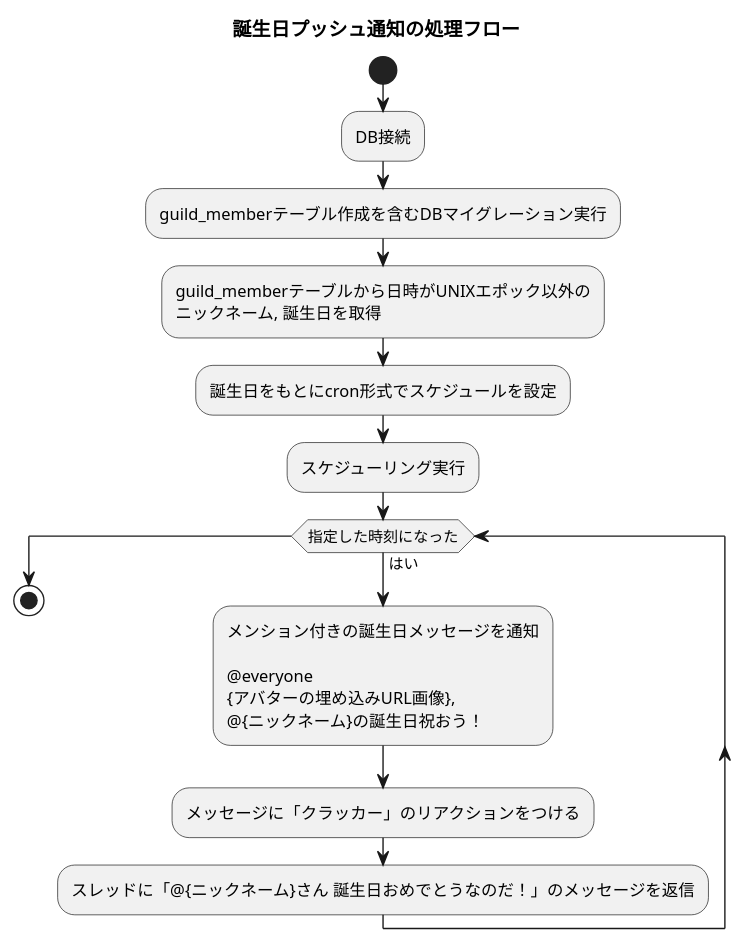
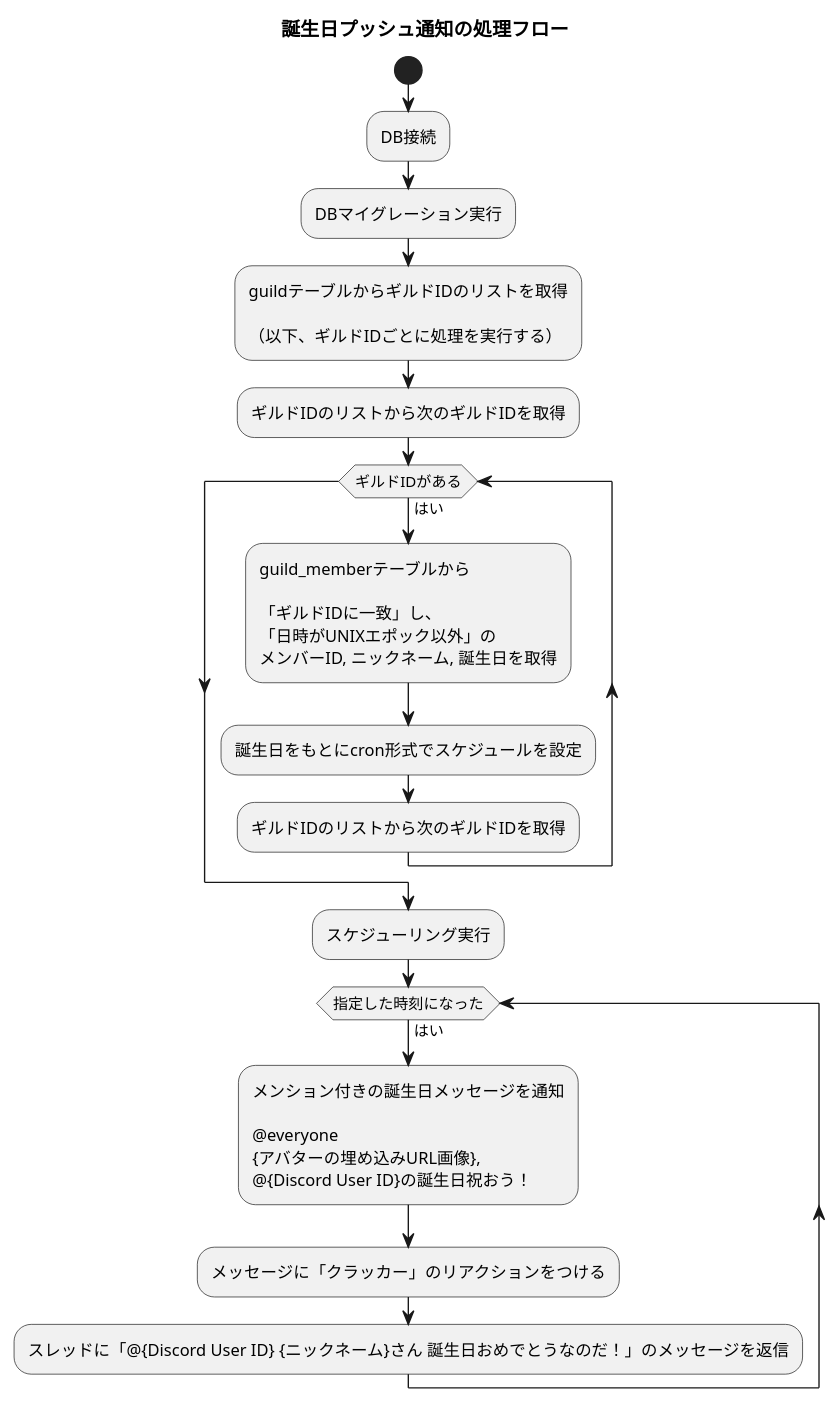
Before and after one commit to novum-d/zunda-bot-rs: the diagram in docs/birth_プッシュ通知.puml, drawn with PlantUML. The commit also changed 2 other files, not shown here.

```diff
--- a/docs/birth_プッシュ通知.puml
+++ b/docs/birth_プッシュ通知.puml
@@ -1,32 +1,47 @@
 @startuml
 
 title 誕生日プッシュ通知の処理フロー
 start
 
 
 :DB接続;
-:guild_memberテーブル作成を含むDBマイグレーション実行;
+:DBマイグレーション実行;
 
-' 初期更新処理
-:guild_memberテーブルから日時がUNIXエポック以外の
-ニックネーム, 誕生日を取得;
 
-:誕生日をもとにcron形式でスケジュールを設定;
+:guildテーブルからギルドIDのリストを取得
+
+（以下、ギルドIDごとに処理を実行する）;
+
+:ギルドIDのリストから次のギルドIDを取得;
+
+while (ギルドIDがある) is (はい)
+
+    ' 初期更新処理
+    :guild_memberテーブルから
+
+    「ギルドIDに一致」し、
+    「日時がUNIXエポック以外」の
+    メンバーID, ニックネーム, 誕生日を取得;
+
+    :誕生日をもとにcron形式でスケジュールを設定;
+
+
+:ギルドIDのリストから次のギルドIDを取得;
+endwhile
 
 :スケジューリング実行;
 
 while (指定した時刻になった) is (はい)
   :メンション付きの誕生日メッセージを通知
 
   @everyone
   {アバターの埋め込みURL画像},
-  @{ニックネーム}の誕生日祝おう！;
+  @{Discord User ID}の誕生日祝おう！;
 
   :メッセージに「クラッカー」のリアクションをつける;
 
-  :スレッドに「@{ニックネーム}さん 誕生日おめでとうなのだ！」のメッセージを返信;
+  :スレッドに「@{Discord User ID} {ニックネーム}さん 誕生日おめでとうなのだ！」のメッセージを返信;
 endwhile
-
-stop
+  -[hidden]->
 
 @enduml
```
